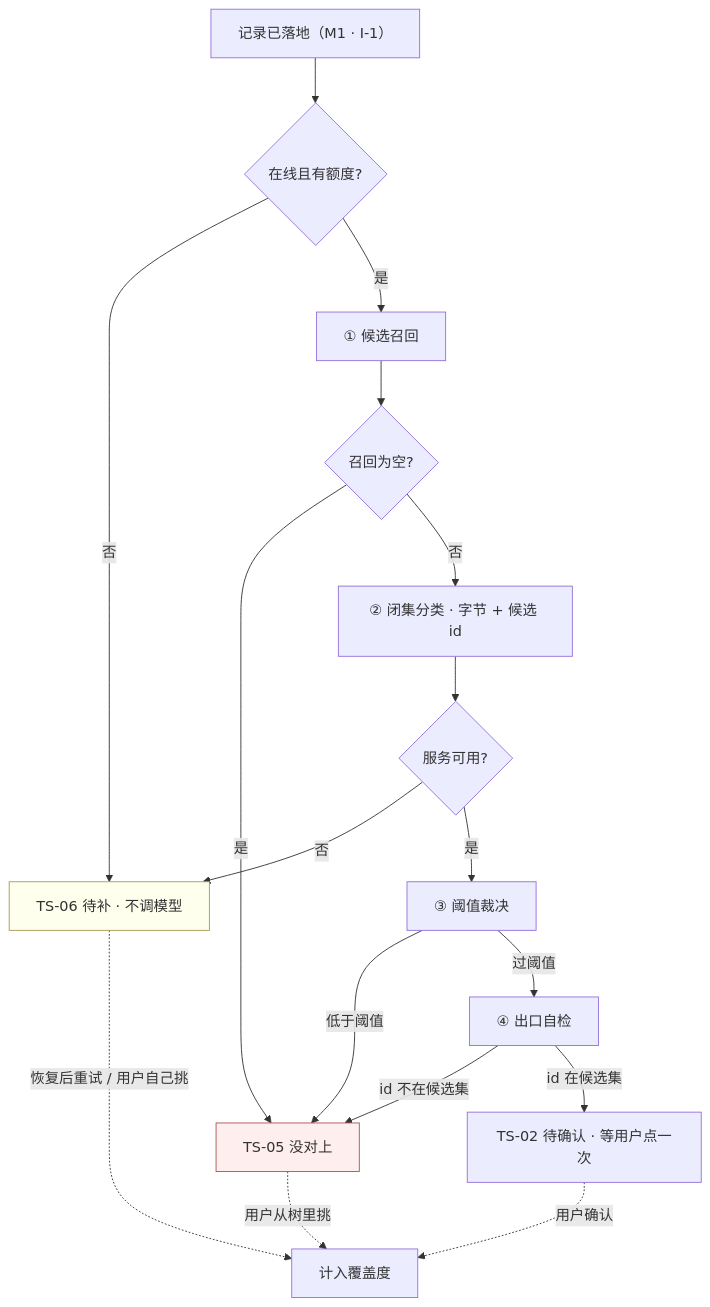
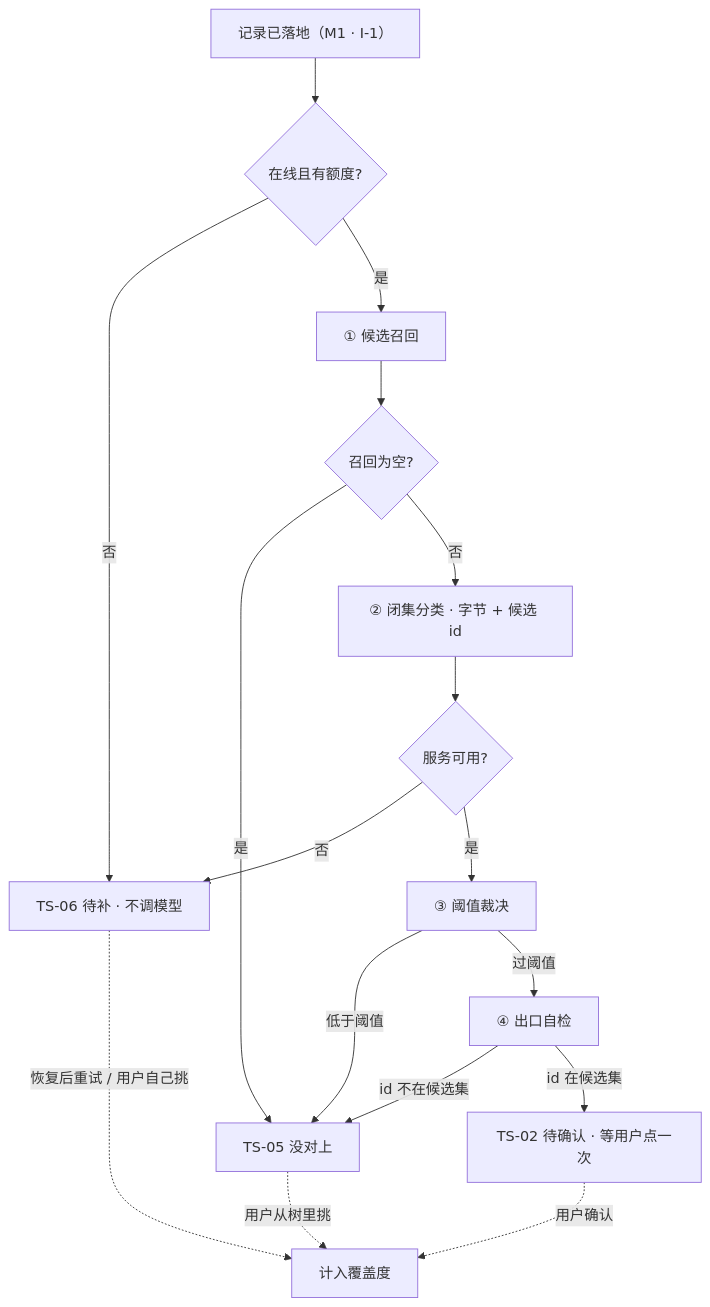
The first of 2 diagrams in docs/product/modules/M2-打标与未分类/U2.1-四段管线.md (chenyuanjin/kubic), drawn with Mermaid before and after one commit. The commit also changed 14 other files, not shown here.

First line of the commit message:
KUBI-76 终审第一批:M0-G2 落败方补齐 + TS-08 转录纠错 + 搜索端点残留 + 流程图去色

````diff
--- a/docs/product/modules/M2-打标与未分类/U2.1-四段管线.md
+++ b/docs/product/modules/M2-打标与未分类/U2.1-四段管线.md
@@ -56,27 +56,25 @@
 ```mermaid
 flowchart TD
     R["记录已落地（M1 · I-1）"] --> Q{"在线且有额度?"}
     Q -->|否| WAIT["TS-06 待补 · 不调模型"]
     Q -->|是| C1["① 候选召回"]
 
     C1 --> E{"召回为空?"}
     E -->|是| NM["TS-05 没对上"]
     E -->|否| C2["② 闭集分类 · 字节 + 候选 id"]
 
     C2 --> F{"服务可用?"}
     F -->|否| WAIT
     F -->|是| C3["③ 阈值裁决"]
 
     C3 -->|低于阈值| NM
     C3 -->|过阈值| C4["④ 出口自检"]
 
     C4 -->|id 不在候选集| NM
     C4 -->|id 在候选集| OK["TS-02 待确认 · 等用户点一次"]
 
     OK -.用户确认.-> COV["计入覆盖度"]
     NM -.用户从树里挑.-> COV
     WAIT -.恢复后重试 / 用户自己挑.-> COV
 
-    style NM fill:#fee,stroke:#a55
-    style WAIT fill:#ffe,stroke:#a95
 ```
````
